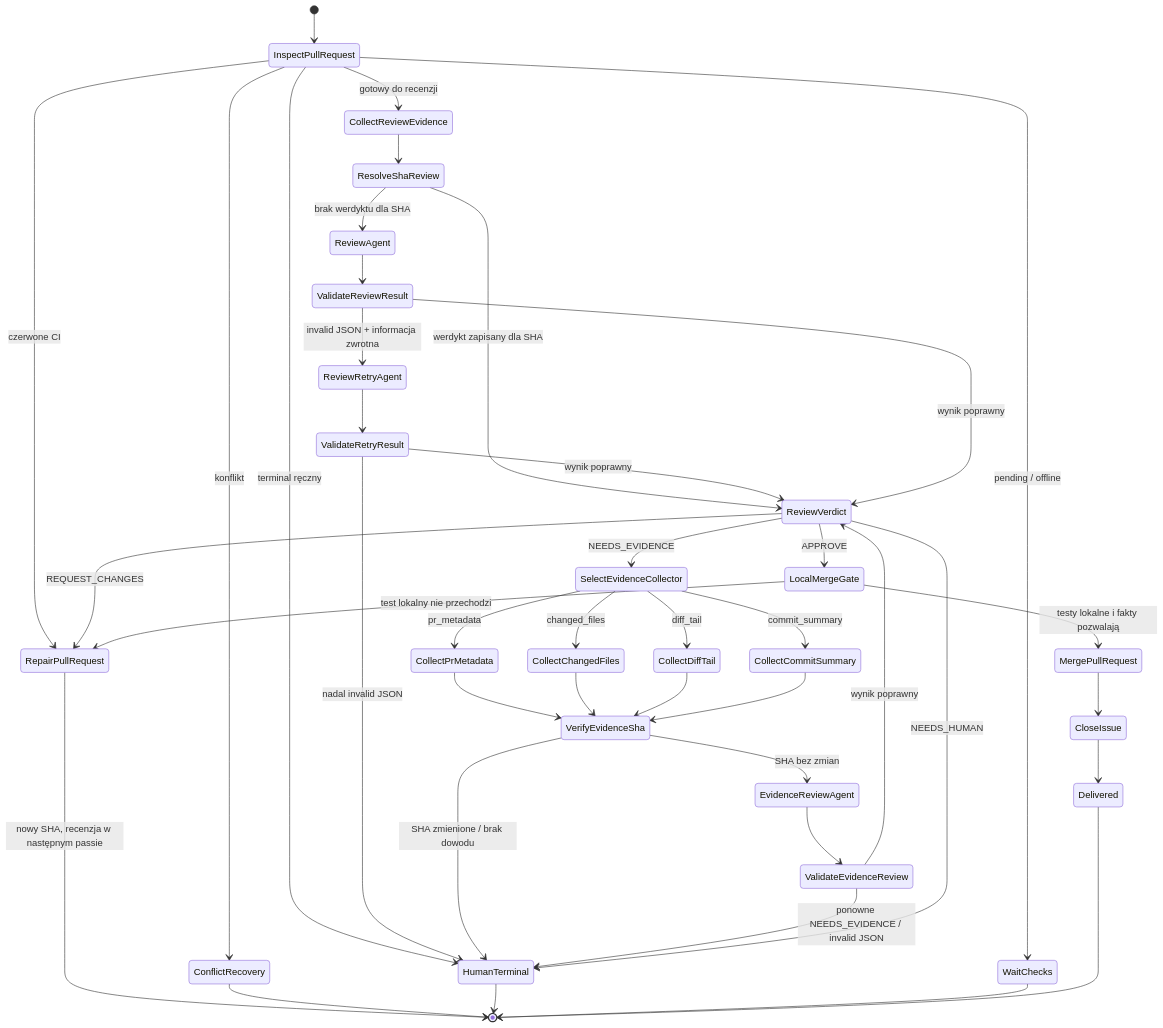
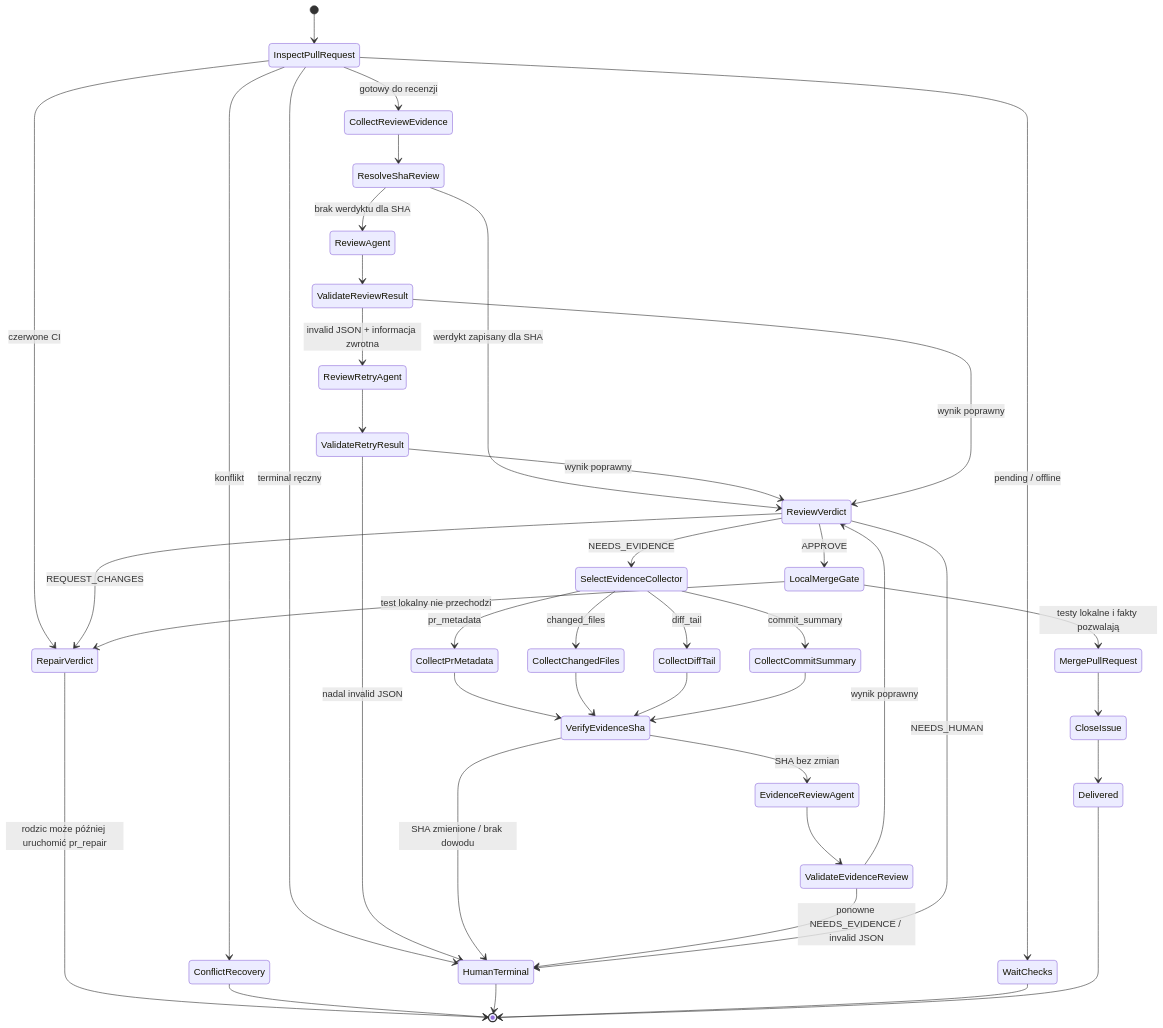
Before and after one commit to mikolaj92/lokay: diagram 44 of 46 in README.md, drawn with Mermaid. The commit also changed other lines of this file and 20 other files, not shown here.

````diff
--- a/README.md
+++ b/README.md
@@ -1185,44 +1190,44 @@
 ```mermaid
 stateDiagram-v2
     [*] --> InspectPullRequest
     InspectPullRequest --> ConflictRecovery: konflikt
     InspectPullRequest --> WaitChecks: pending / offline
-    InspectPullRequest --> RepairPullRequest: czerwone CI
+    InspectPullRequest --> RepairVerdict: czerwone CI
     InspectPullRequest --> HumanTerminal: terminal ręczny
     InspectPullRequest --> CollectReviewEvidence: gotowy do recenzji
     CollectReviewEvidence --> ResolveShaReview
     ResolveShaReview --> ReviewVerdict: werdykt zapisany dla SHA
     ResolveShaReview --> ReviewAgent: brak werdyktu dla SHA
     ReviewAgent --> ValidateReviewResult
     ValidateReviewResult --> ReviewRetryAgent: invalid JSON + informacja zwrotna
     ReviewRetryAgent --> ValidateRetryResult
     ValidateRetryResult --> ReviewVerdict: wynik poprawny
     ValidateRetryResult --> HumanTerminal: nadal invalid JSON
     ValidateReviewResult --> ReviewVerdict: wynik poprawny
     ReviewVerdict --> SelectEvidenceCollector: NEEDS_EVIDENCE
     SelectEvidenceCollector --> CollectPrMetadata: pr_metadata
     SelectEvidenceCollector --> CollectChangedFiles: changed_files
     SelectEvidenceCollector --> CollectDiffTail: diff_tail
     SelectEvidenceCollector --> CollectCommitSummary: commit_summary
     CollectPrMetadata --> VerifyEvidenceSha
     CollectChangedFiles --> VerifyEvidenceSha
     CollectDiffTail --> VerifyEvidenceSha
     CollectCommitSummary --> VerifyEvidenceSha
     VerifyEvidenceSha --> EvidenceReviewAgent: SHA bez zmian
     VerifyEvidenceSha --> HumanTerminal: SHA zmienione / brak dowodu
     EvidenceReviewAgent --> ValidateEvidenceReview
     ValidateEvidenceReview --> ReviewVerdict: wynik poprawny
     ValidateEvidenceReview --> HumanTerminal: ponowne NEEDS_EVIDENCE / invalid JSON
     ReviewVerdict --> LocalMergeGate: APPROVE
-    ReviewVerdict --> RepairPullRequest: REQUEST_CHANGES
+    ReviewVerdict --> RepairVerdict: REQUEST_CHANGES
     ReviewVerdict --> HumanTerminal: NEEDS_HUMAN
     LocalMergeGate --> MergePullRequest: testy lokalne i fakty pozwalają
-    LocalMergeGate --> RepairPullRequest: test lokalny nie przechodzi
+    LocalMergeGate --> RepairVerdict: test lokalny nie przechodzi
     MergePullRequest --> CloseIssue
     CloseIssue --> Delivered
-    RepairPullRequest --> [*]: nowy SHA, recenzja w następnym passie
+    RepairVerdict --> [*]: rodzic może później uruchomić pr_repair
     ConflictRecovery --> [*]
     HumanTerminal --> [*]
     WaitChecks --> [*]
     Delivered --> [*]
 ```
````
